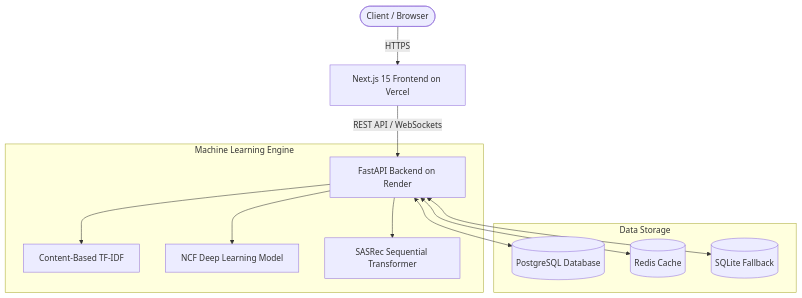
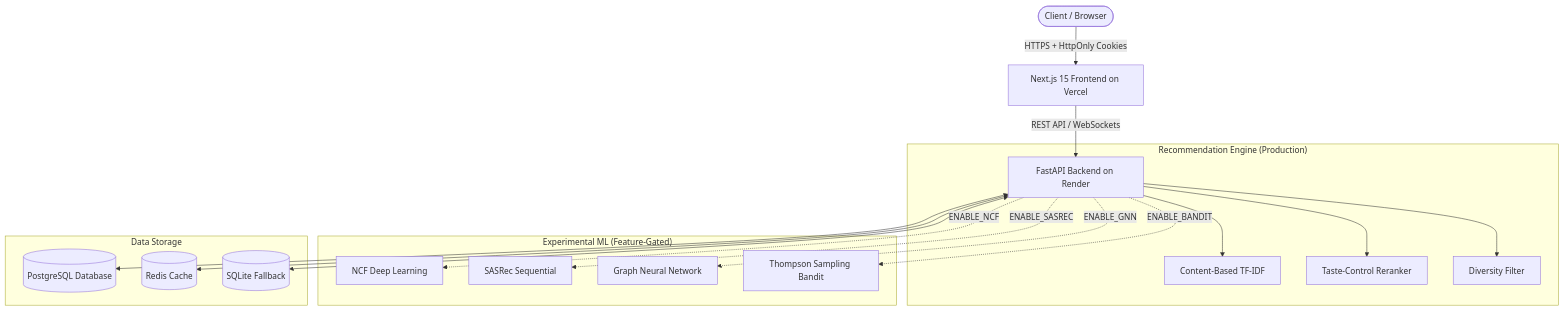
One commit to yash23082007/NeuralFlix changed the diagram in README.md. Above: the diagram before and after it, drawn with Mermaid. The commit also changed other lines of this file and 22 other files, not shown here.

Commit message:
feat: implement personalized taste-based reranking engine and user discovery passport system

````diff
--- a/README.md
+++ b/README.md
@@ -52,17 +72,24 @@
 ```mermaid
 graph TD
-    User([Client / Browser]) -->|HTTPS| Vercel[Next.js 15 Frontend on Vercel]
+    User([Client / Browser]) -->|HTTPS + HttpOnly Cookies| Vercel[Next.js 15 Frontend on Vercel]
     Vercel -->|REST API / WebSockets| Render[FastAPI Backend on Render]
     
-    subgraph "Machine Learning Engine"
+    subgraph "Recommendation Engine (Production)"
         Render --> CBF[Content-Based TF-IDF]
-        Render --> NCF[NCF Deep Learning Model]
-        Render --> SAS[SASRec Sequential Transformer]
+        Render --> TR[Taste-Control Reranker]
+        Render --> DIV[Diversity Filter]
+    end
+
+    subgraph "Experimental ML (Feature-Gated)"
+        Render -.->|ENABLE_NCF| NCF[NCF Deep Learning]
+        Render -.->|ENABLE_SASREC| SAS[SASRec Sequential]
+        Render -.->|ENABLE_GNN| GNN[Graph Neural Network]
+        Render -.->|ENABLE_BANDIT| BAN[Thompson Sampling Bandit]
     end
 
     subgraph "Data Storage"
         Render <--> PG[(PostgreSQL Database)]
         Render <--> Redis[(Redis Cache)]
         Render <--> SQLite[(SQLite Fallback)]
     end
 ```
````
